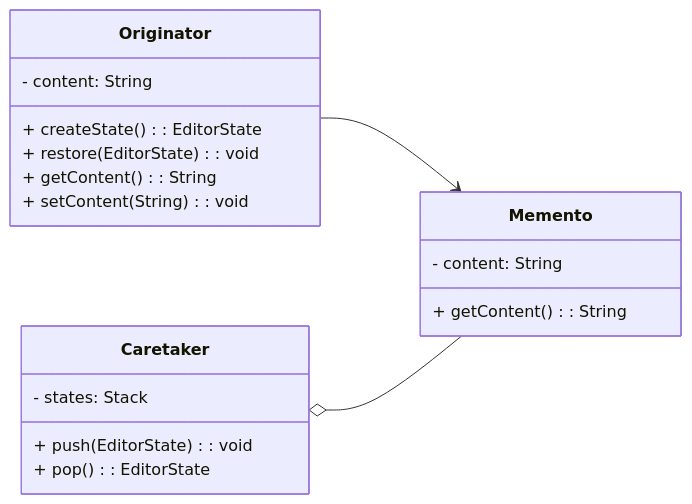
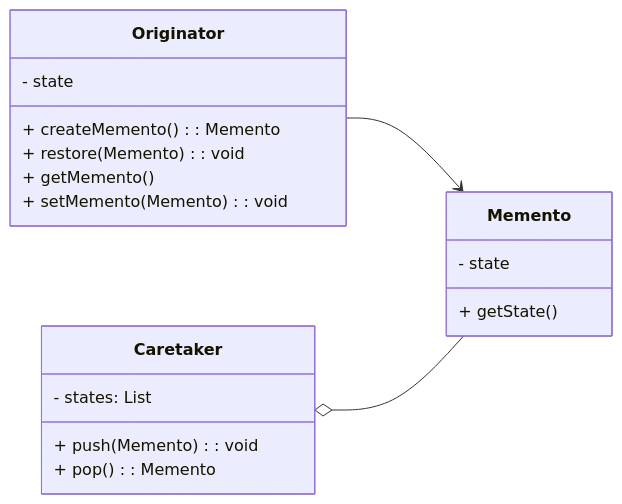
The seventh of 15 diagrams in README.md (bidursapkota00/Design-Patterns), drawn with Mermaid before and after one commit. The commit also changed other lines of this file, not shown here.

````diff
--- a/README.md
+++ b/README.md
@@ -198,26 +208,26 @@
 ```mermaid
 %%{init: { "flowchart": { "rankSpacing": 100, "nodeSpacing": 100 }}}%%
 classDiagram
 direction LR
 class Originator {
-    - content: String
-    + createState(): EditorState
-    + restore(EditorState): void
-    + getContent(): String
-    + setContent(String): void
+    - state
+    + createMemento(): Memento
+    + restore(Memento): void
+    + getMemento()
+    + setMemento(Memento): void
 }
 
 class Memento {
-    - content: String
-    + getContent(): String
+    - state
+    + getState()
 }
 
 class Caretaker {
-    - states: Stack
-    + push(EditorState): void
-    + pop(): EditorState
+    - states: List
+    + push(Memento): void
+    + pop(): Memento
 }
 
 Originator  -->  Memento
 Caretaker o-- Memento
 ```
````
